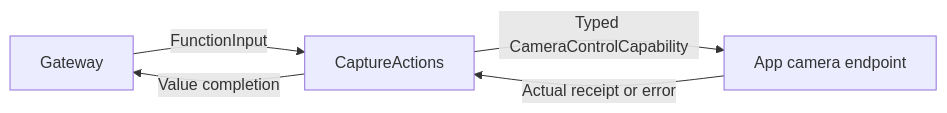
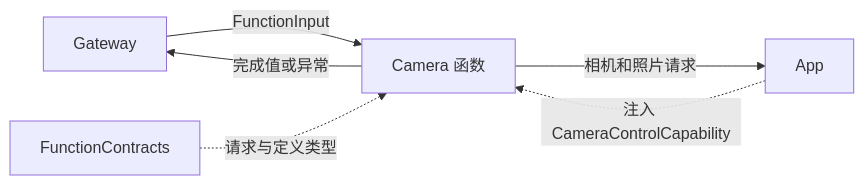
One commit to devilyouwei/MobileHarness changed the first of 2 diagrams in MobileHarness/Actions/Camera/README.md. Above: the diagram before and after it, drawn with Mermaid. The commit also changed other lines of this file and 108 other files, not shown here.

````diff
--- a/MobileHarness/Actions/Camera/README.md
+++ b/MobileHarness/Actions/Camera/README.md
@@ -15,7 +9,8 @@
 ```mermaid
 flowchart LR
- Gateway -->|FunctionInput| Capture[CaptureActions]
- Capture -->|Typed CameraControlCapability| Host[App camera endpoint]
- Host -->|Actual receipt or error| Capture
- Capture -->|Value completion| Gateway
+    Gateway -->|FunctionInput| Camera[Camera 函数]
+    Camera -->|完成值或异常| Gateway
+    App -.->|注入 CameraControlCapability| Camera
+    Camera -->|相机和照片请求| App
+    Contracts[FunctionContracts] -.->|请求与定义类型| Camera
 ```
````
